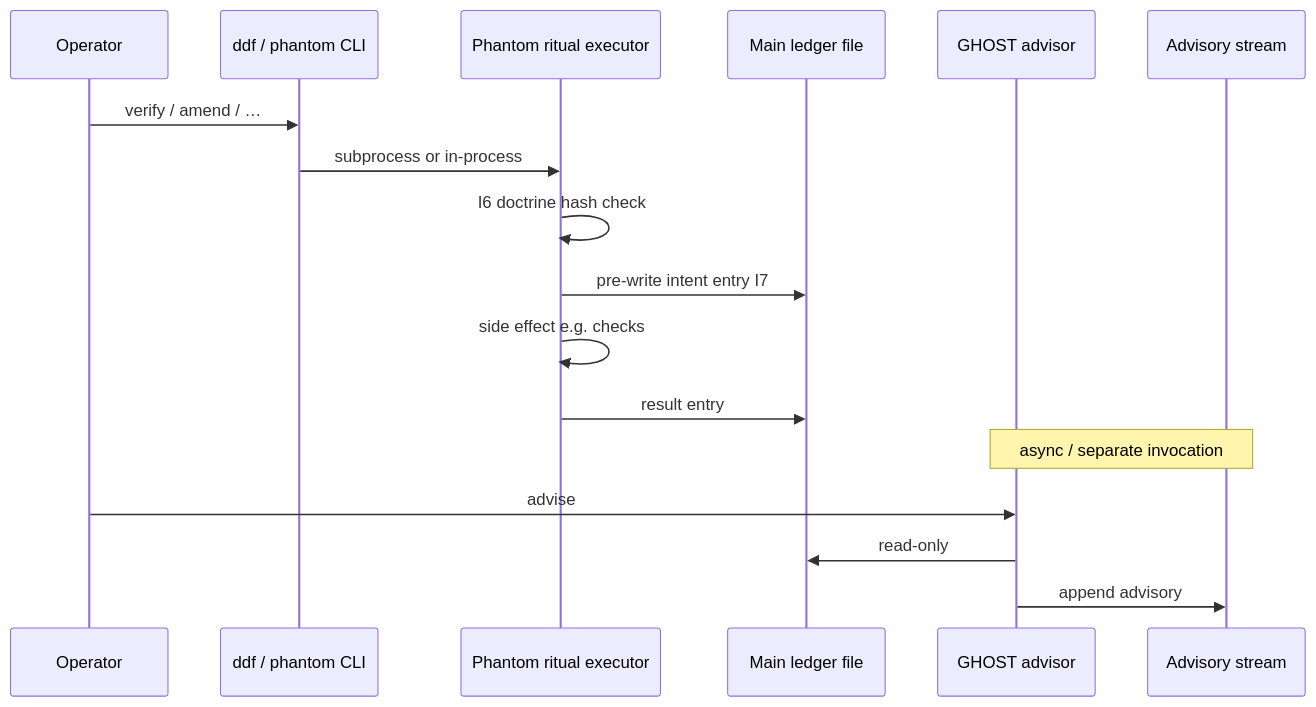
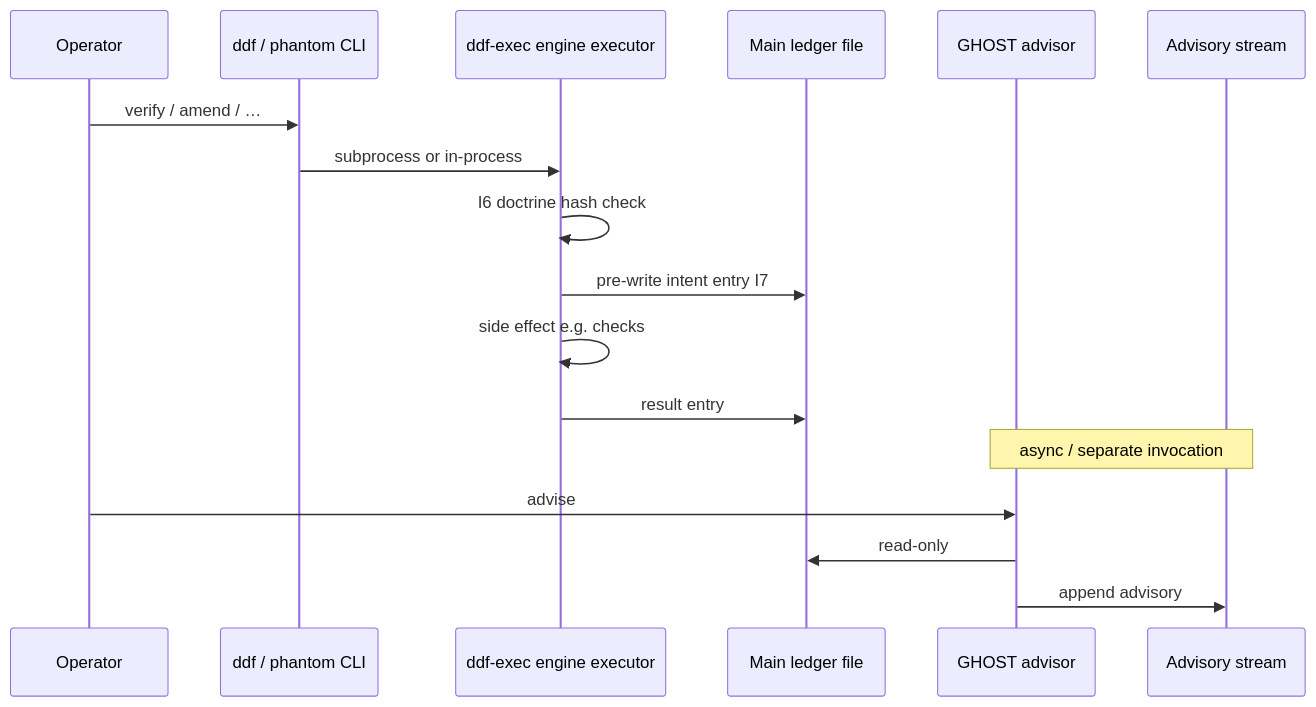
Before and after one commit to darknorthaco/DDFramework: the fourth of 5 diagrams in docs/VISUAL_LAYERS.md, drawn with Mermaid. The commit also changed other lines of this file and 21 other files, not shown here.

````diff
--- a/docs/VISUAL_LAYERS.md
+++ b/docs/VISUAL_LAYERS.md
@@ -92,19 +92,19 @@
 ```mermaid
 sequenceDiagram
   participant O as Operator
   participant D as ddf / phantom CLI
-  participant P as Phantom ritual executor
+  participant P as ddf-exec engine executor
   participant L as Main ledger file
   participant G as GHOST advisor
   participant A as Advisory stream
   O->>D: verify / amend / …
   D->>P: subprocess or in-process
   P->>P: I6 doctrine hash check
   P->>L: pre-write intent entry I7
   P->>P: side effect e.g. checks
   P->>L: result entry
   Note over G,A: async / separate invocation
   O->>G: advise
   G->>L: read-only
   G->>A: append advisory
 ```
````
